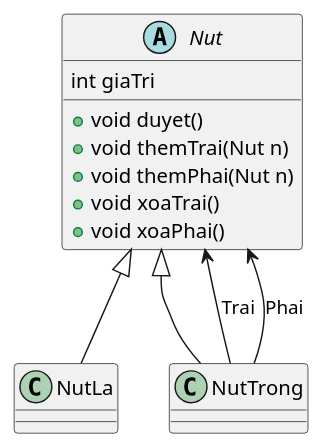
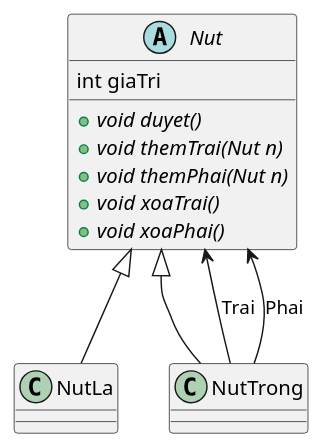
Before and after one commit to JulianNguyen05/Software_Architecture_and_Design: the diagram in src/structural/composite/binary_tree/cay_np.puml, drawn with PlantUML. The commit also changed 3 other files, not shown here.

```diff
--- a/src/structural/composite/binary_tree/cay_np.puml
+++ b/src/structural/composite/binary_tree/cay_np.puml
@@ -1,21 +1,21 @@
 @startuml
 'https://plantuml.com/class-diagram
 abstract Nut{
     int giaTri
-    + void duyet()
-    + void themTrai(Nut n)
-    + void themPhai(Nut n)
-    + void xoaTrai()
-    + void xoaPhai()
+    + {abstract} void duyet()
+    + {abstract}  void themTrai(Nut n)
+    + {abstract} void themPhai(Nut n)
+    + {abstract} void xoaTrai()
+    + {abstract} void xoaPhai()
 }
 
 class NutLa
 
 class NutTrong
 
 Nut <|-- NutLa
 Nut <|-- NutTrong
 NutTrong --> Nut: Trai
 NutTrong --> Nut: Phai
 
 @enduml
```
